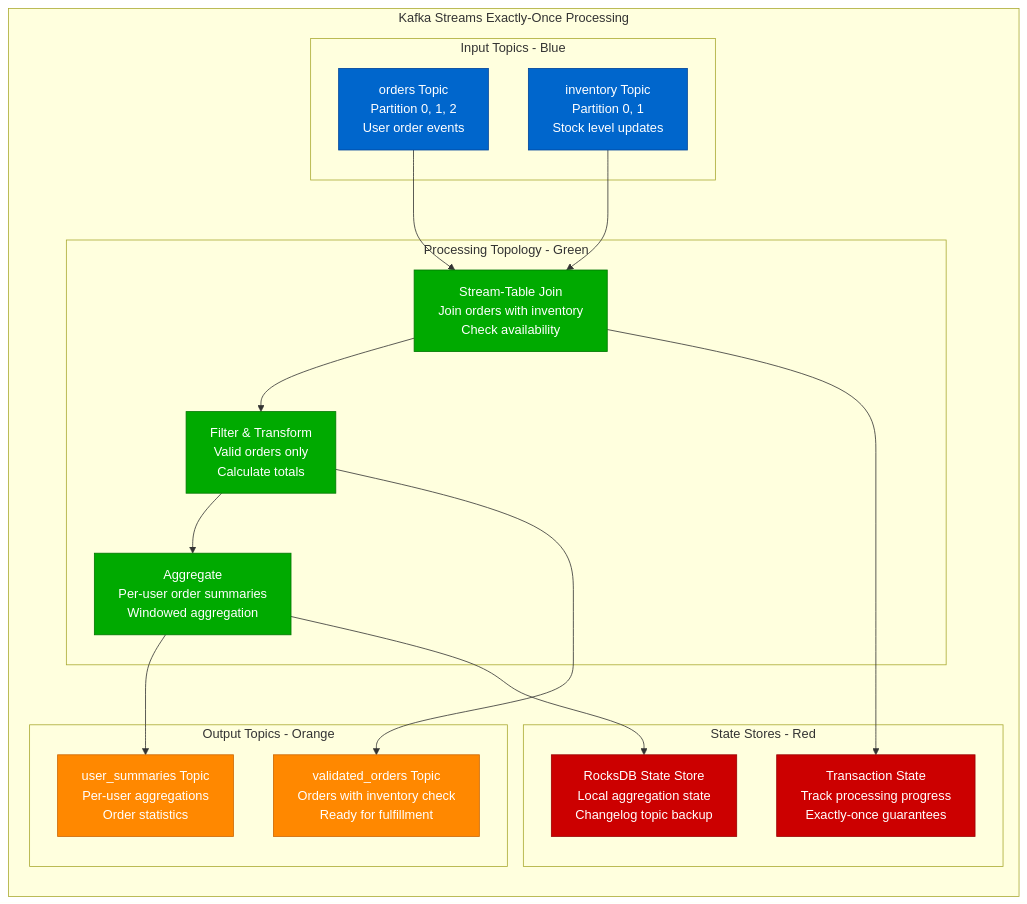
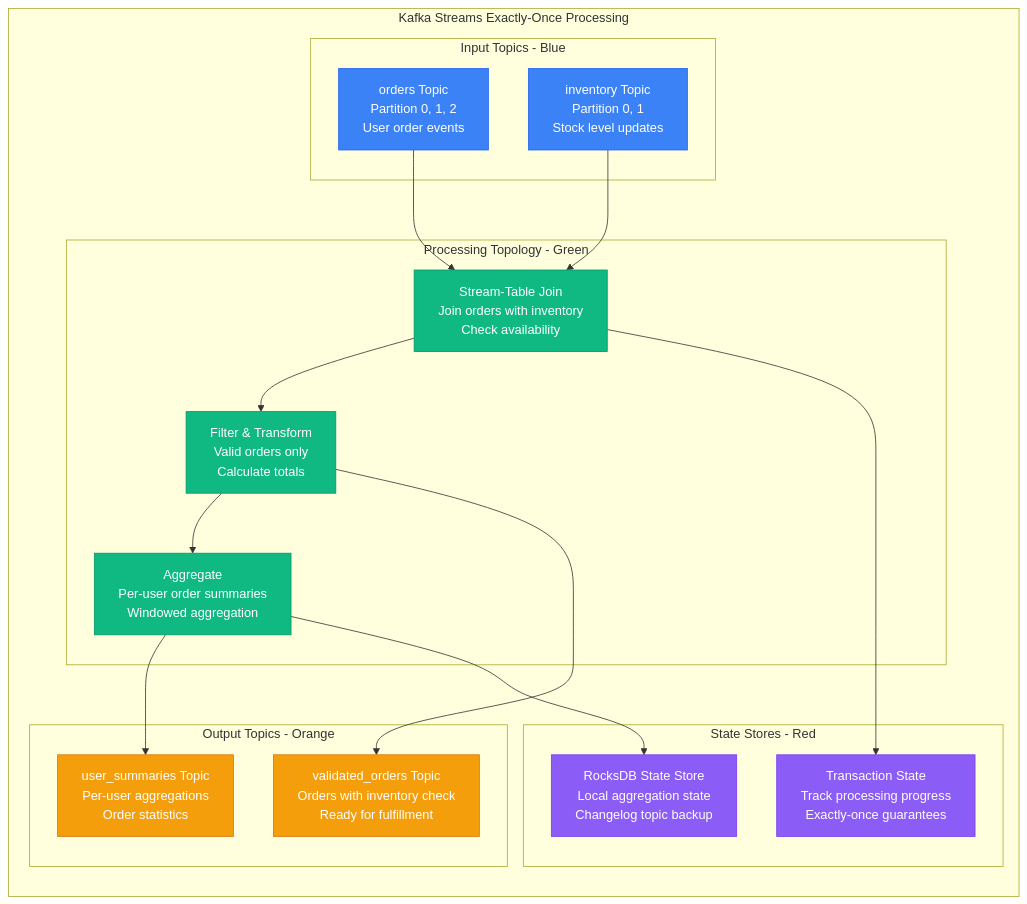
Before and after one commit to deepaucksharma/DS: the sixth of 10 diagrams in site/docs/guarantees/exactly-once/exactly-once-kafka.md, drawn with Mermaid. The commit also changed other lines of this file and 303 other files, not shown here.

````diff
--- a/site/docs/guarantees/exactly-once/exactly-once-kafka.md
+++ b/site/docs/guarantees/exactly-once/exactly-once-kafka.md
@@ -235,46 +235,46 @@
 ```mermaid
 graph LR
     subgraph StreamProcessingEOS[Kafka Streams Exactly-Once Processing]
         subgraph InputTopics[Input Topics - Blue]
             IT1[orders Topic<br/>Partition 0, 1, 2<br/>User order events]
             IT2[inventory Topic<br/>Partition 0, 1<br/>Stock level updates]
         end
 
         subgraph ProcessingTopology[Processing Topology - Green]
             PT1[Stream-Table Join<br/>Join orders with inventory<br/>Check availability]
             PT2[Filter & Transform<br/>Valid orders only<br/>Calculate totals]
             PT3[Aggregate<br/>Per-user order summaries<br/>Windowed aggregation]
         end
 
         subgraph OutputTopics[Output Topics - Orange]
             OT1[validated_orders Topic<br/>Orders with inventory check<br/>Ready for fulfillment]
             OT2[user_summaries Topic<br/>Per-user aggregations<br/>Order statistics]
         end
 
         subgraph StateStores[State Stores - Red]
             SS1[RocksDB State Store<br/>Local aggregation state<br/>Changelog topic backup]
             SS2[Transaction State<br/>Track processing progress<br/>Exactly-once guarantees]
         end
     end
 
     IT1 --> PT1
     IT2 --> PT1
     PT1 --> PT2
     PT2 --> PT3
 
     PT2 --> OT1
     PT3 --> OT2
 
     PT3 --> SS1
     PT1 --> SS2
 
-    classDef inputStyle fill:#0066CC,stroke:#004499,color:#fff
-    classDef processingStyle fill:#00AA00,stroke:#007700,color:#fff
-    classDef outputStyle fill:#FF8800,stroke:#CC6600,color:#fff
-    classDef stateStyle fill:#CC0000,stroke:#990000,color:#fff
+    classDef inputStyle fill:#3B82F6,stroke:#2563EB,color:#fff
+    classDef processingStyle fill:#10B981,stroke:#059669,color:#fff
+    classDef outputStyle fill:#F59E0B,stroke:#D97706,color:#fff
+    classDef stateStyle fill:#8B5CF6,stroke:#7C3AED,color:#fff
 
     class IT1,IT2 inputStyle
     class PT1,PT2,PT3 processingStyle
     class OT1,OT2 outputStyle
     class SS1,SS2 stateStyle
 ```
````
